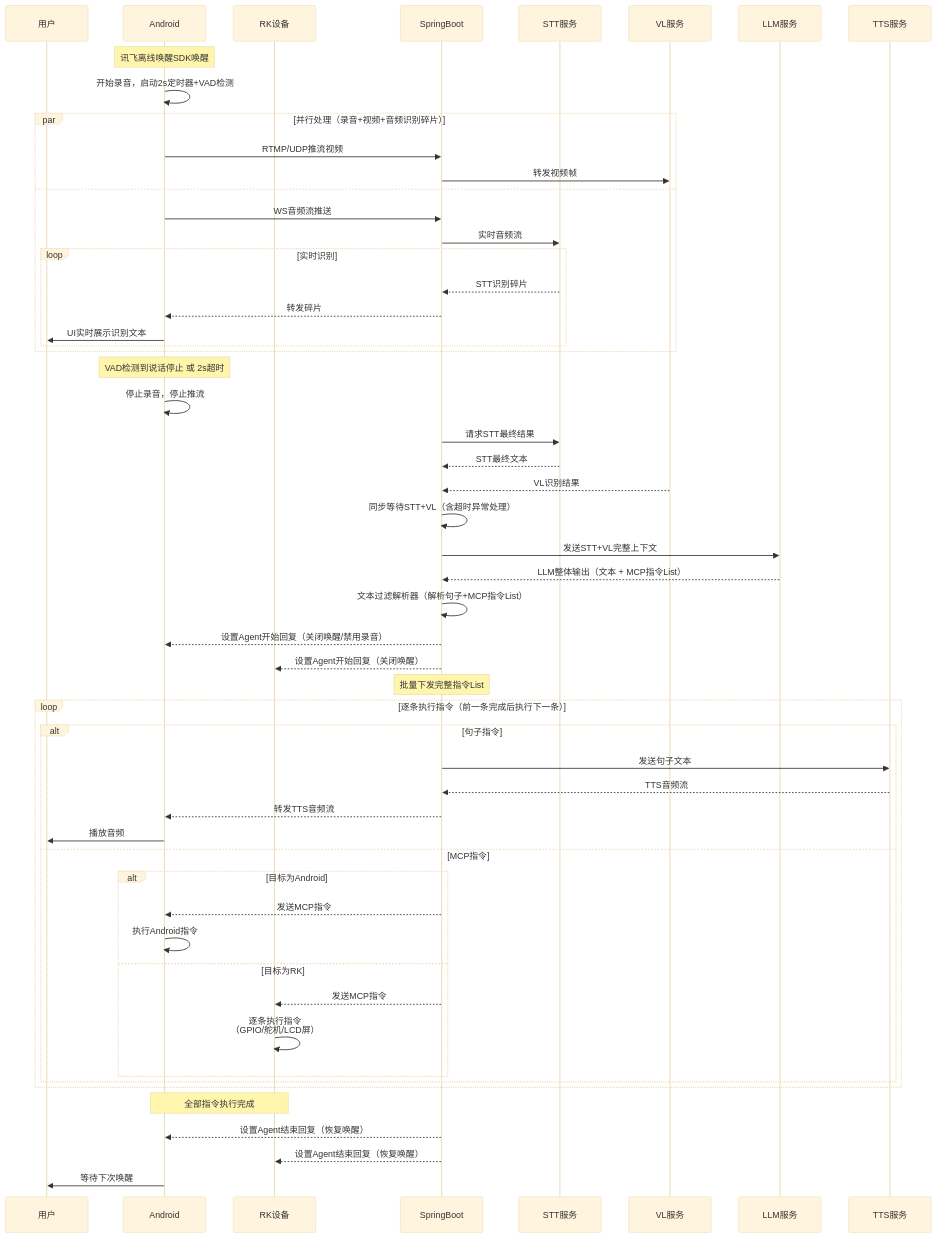
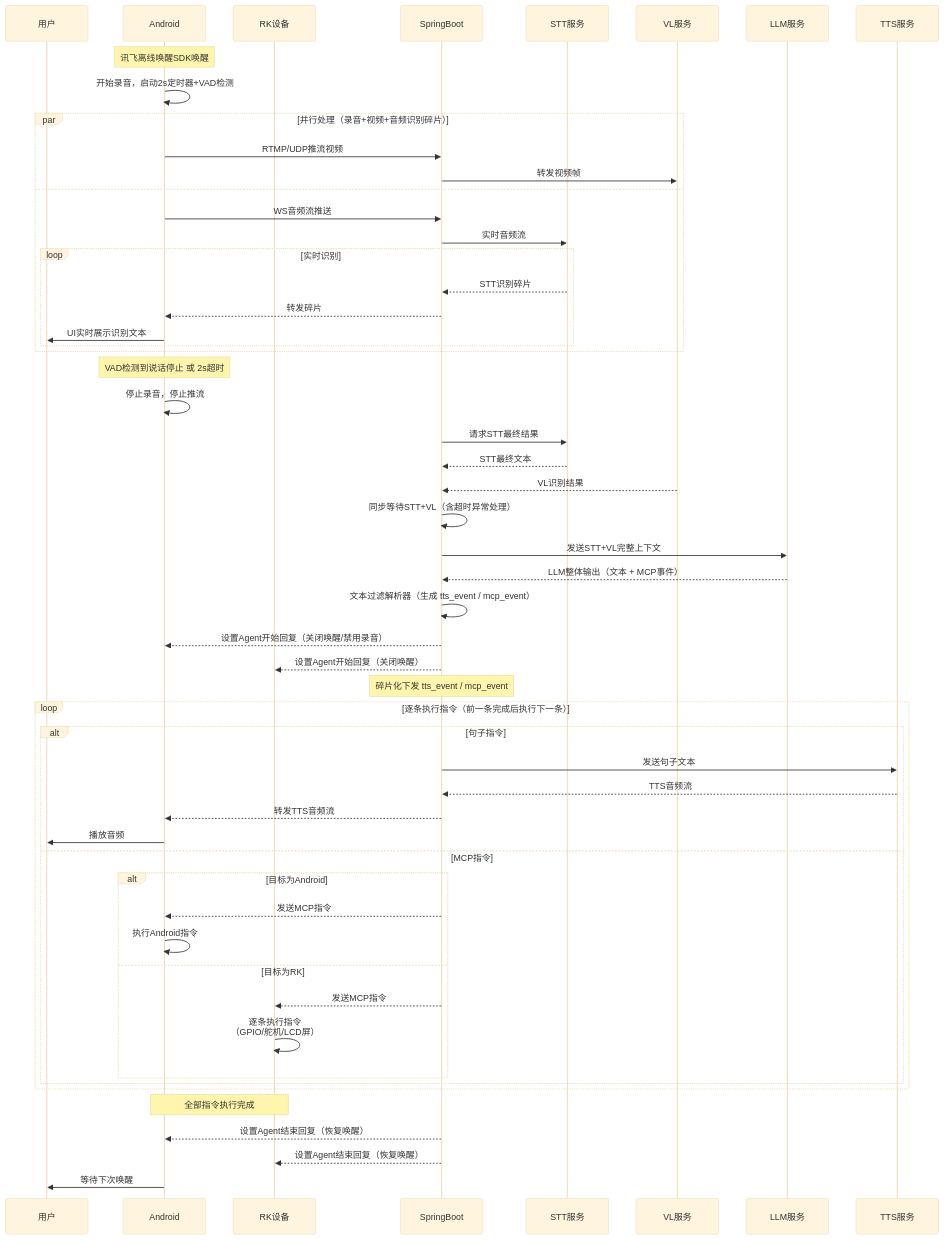
The third of 5 diagrams in cursor/AgentChat.md (nangong918/magic-vector), drawn with Mermaid (base theme) before and after one commit. The commit also changed other lines of this file and 1 other file, not shown here.

````diff
--- a/cursor/AgentChat.md
+++ b/cursor/AgentChat.md
@@ -193,70 +193,70 @@
 ```mermaid
 sequenceDiagram
   participant User as 用户
   participant Android as Android
   participant RK as RK设备
   participant SB as SpringBoot
   participant STT as STT服务
   participant VL as VL服务
   participant LLM as LLM服务
   participant TTS as TTS服务
 
   Note over Android: 讯飞离线唤醒SDK唤醒
   Android->>Android: 开始录音，启动2s定时器+VAD检测
 
   par 并行处理（录音+视频+音频识别碎片）
     Android->>SB: RTMP/UDP推流视频
     SB->>VL: 转发视频帧
   and
     Android->>SB: WS音频流推送
     SB->>STT: 实时音频流
     loop 实时识别
       STT-->>SB: STT识别碎片
       SB-->>Android: 转发碎片
       Android->>User: UI实时展示识别文本
     end
   end
 
   Note over Android: VAD检测到说话停止 或 2s超时
   Android->>Android: 停止录音，停止推流
 
   SB->>STT: 请求STT最终结果
   STT-->>SB: STT最终文本
 
   VL-->>SB: VL识别结果
 
   SB->>SB: 同步等待STT+VL（含超时异常处理）
   SB->>LLM: 发送STT+VL完整上下文
-  LLM-->>SB: LLM整体输出（文本 + MCP指令List）
+  LLM-->>SB: LLM整体输出（文本 + MCP事件）
 
-  SB->>SB: 文本过滤解析器（解析句子+MCP指令List）
+  SB->>SB: 文本过滤解析器（生成 tts_event / mcp_event）
 
   SB-->>Android: 设置Agent开始回复（关闭唤醒/禁用录音）
   SB-->>RK: 设置Agent开始回复（关闭唤醒）
 
-  Note over SB: 批量下发完整指令List
+  Note over SB: 碎片化下发 tts_event / mcp_event
 
   loop 逐条执行指令（前一条完成后执行下一条）
     alt 句子指令
       SB->>TTS: 发送句子文本
       TTS-->>SB: TTS音频流
       SB-->>Android: 转发TTS音频流
       Android->>User: 播放音频
     else MCP指令
       alt 目标为Android
         SB-->>Android: 发送MCP指令
         Android->>Android: 执行Android指令
       else 目标为RK
         SB-->>RK: 发送MCP指令
         RK->>RK: 逐条执行指令<br/>（GPIO/舵机/LCD屏）
       end
     end
   end
 
   Note over Android,RK: 全部指令执行完成
 
   SB-->>Android: 设置Agent结束回复（恢复唤醒）
   SB-->>RK: 设置Agent结束回复（恢复唤醒）
 
   Android->>User: 等待下次唤醒
 ```
````
